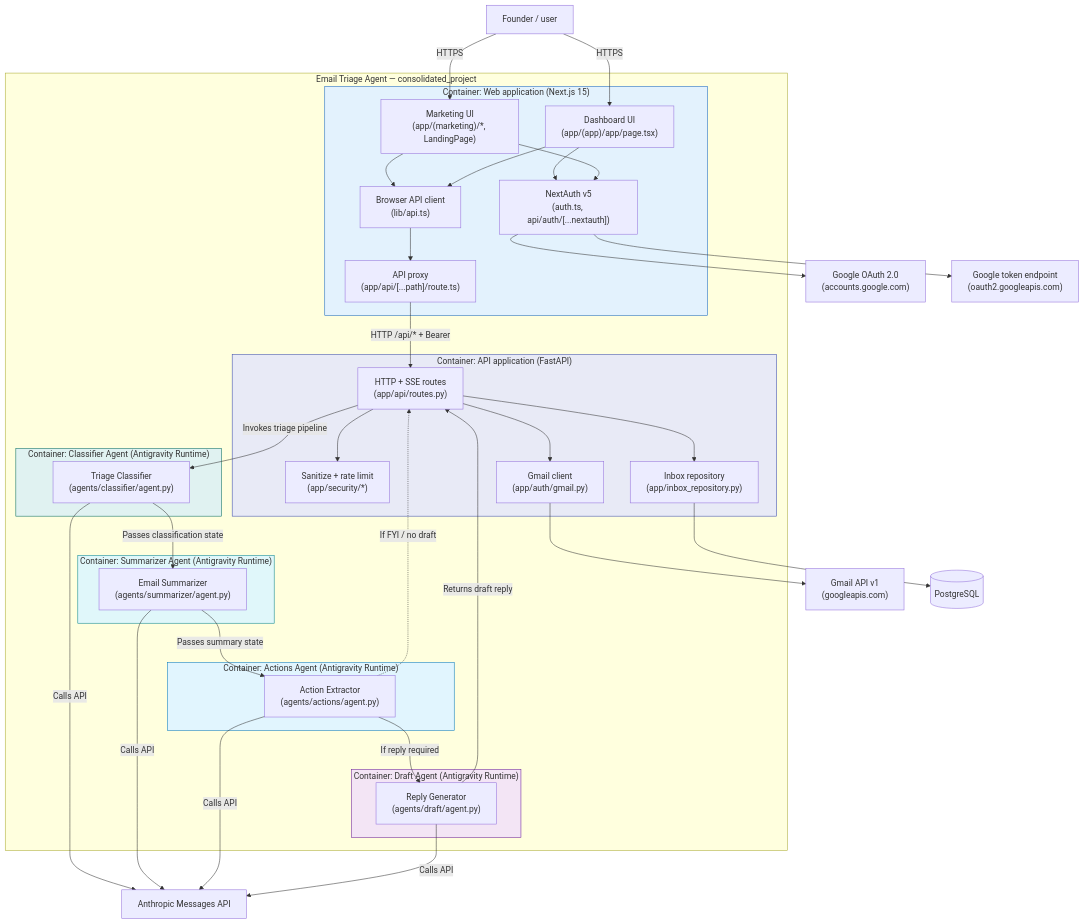
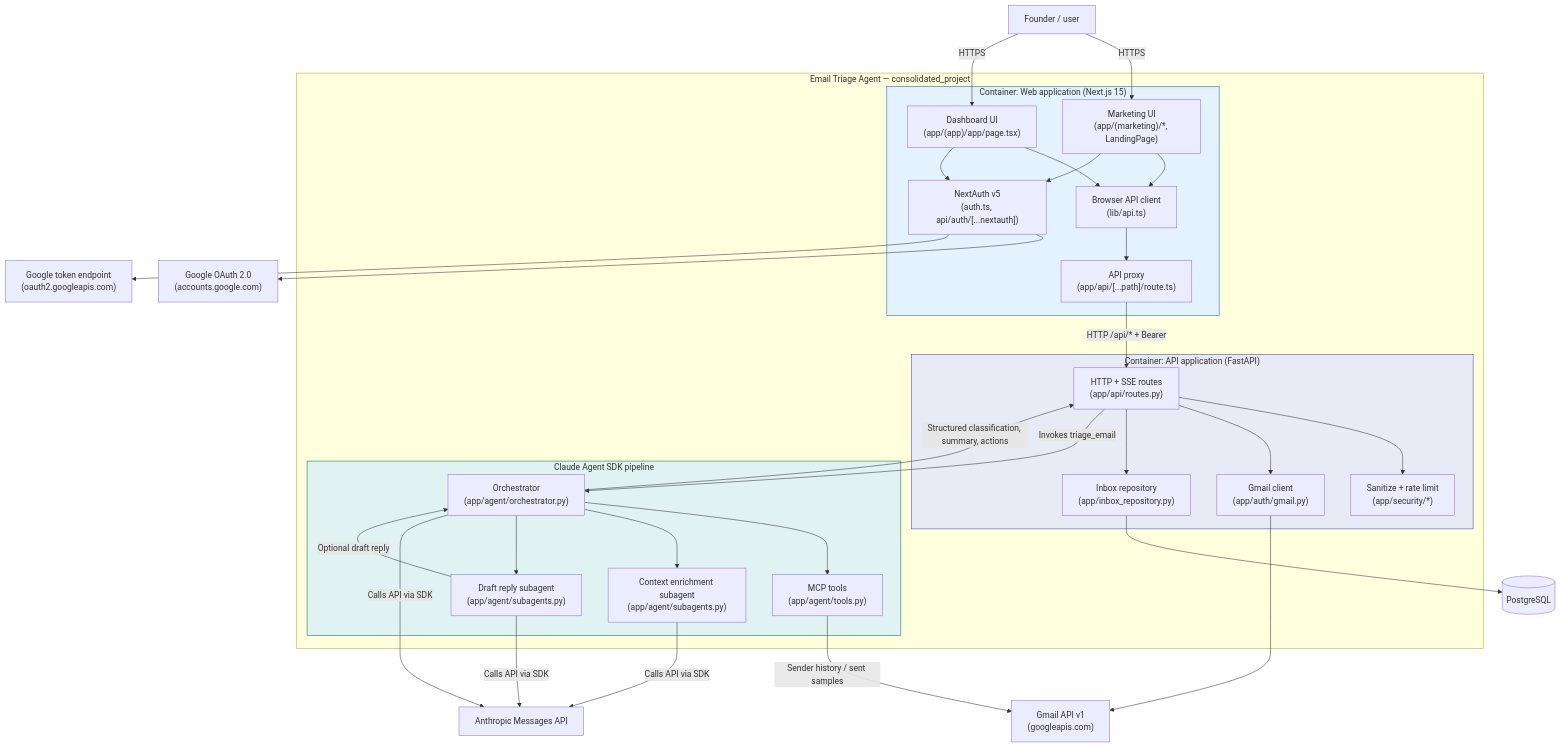
The second of 2 diagrams in docs/architecture-retrospective.md (CSEN-SCU/csen-174-s26-team-project-email-triage-agent), drawn with Mermaid before and after one commit. The commit also changed other lines of this file and 1 other file, not shown here.

Commit message:
updated architecture to match final project

````diff
--- a/docs/architecture-retrospective.md
+++ b/docs/architecture-retrospective.md
@@ -55,78 +55,66 @@
 ```mermaid
 flowchart TB
   founder["Founder / user"]
 
   subgraph boundary["Email Triage Agent — consolidated_project"]
     subgraph web["Container: Web application (Next.js 15)"]
       marketing["Marketing UI\n(app/(marketing)/*, LandingPage)"]
       dashboard["Dashboard UI\n(app/(app)/app/page.tsx)"]
       nextauth["NextAuth v5\n(auth.ts, api/auth/[...nextauth])"]
       proxy["API proxy\n(app/api/[...path]/route.ts)"]
       apiclient["Browser API client\n(lib/api.ts)"]
       marketing --> apiclient
       dashboard --> apiclient
       dashboard --> nextauth
       marketing --> nextauth
       apiclient --> proxy
     end
 
     subgraph api["Container: API application (FastAPI)"]
       routes["HTTP + SSE routes\n(app/api/routes.py)"]
       security["Sanitize + rate limit\n(app/security/*)"]
       gmailmod["Gmail client\n(app/auth/gmail.py)"]
       inbox["Inbox repository\n(app/inbox_repository.py)"]
       routes --> security
       routes --> gmailmod
       routes --> inbox
     end
 
-    subgraph agent_classifier["Container: Classifier Agent (Antigravity Runtime)"]
-      classifier["Triage Classifier\n(agents/classifier/agent.py)"]
-    end
-
-    subgraph agent_summarizer["Container: Summarizer Agent (Antigravity Runtime)"]
-      summarizer["Email Summarizer\n(agents/summarizer/agent.py)"]
-    end
-
-    subgraph agent_actions["Container: Actions Agent (Antigravity Runtime)"]
-      actions["Action Extractor\n(agents/actions/agent.py)"]
-    end
-
-    subgraph agent_draft["Container: Draft Agent (Antigravity Runtime)"]
-      draft["Reply Generator\n(agents/draft/agent.py)"]
+    subgraph sdk_pipeline["Claude Agent SDK pipeline"]
+      orchestrator["Orchestrator\n(app/agent/orchestrator.py)"]
+      tools["MCP tools\n(app/agent/tools.py)"]
+      context_agent["Context enrichment subagent\n(app/agent/subagents.py)"]
+      drafter["Draft reply subagent\n(app/agent/subagents.py)"]
+      orchestrator --> tools
+      orchestrator --> context_agent
+      orchestrator --> drafter
     end
   end
 
   google_oauth["Google OAuth 2.0\n(accounts.google.com)"]
   google_token["Google token endpoint\n(oauth2.googleapis.com)"]
   gmail_api["Gmail API v1\n(googleapis.com)"]
   anthropic_api["Anthropic Messages API"]
   pg[("PostgreSQL")]
 
   founder -->|"HTTPS"| marketing
   founder -->|"HTTPS"| dashboard
   nextauth --> google_oauth
   nextauth --> google_token
   proxy -->|"HTTP /api/* + Bearer"| routes
   gmailmod --> gmail_api
   inbox --> pg
 
-  routes -->|"Invokes triage pipeline"| classifier
-  classifier -->|"Passes classification state"| summarizer
-  summarizer -->|"Passes summary state"| actions
-  actions -->|"If reply required"| draft
-  actions -.->|"If FYI / no draft"| routes
-  draft -->|"Returns draft reply"| routes
+  routes -->|"Invokes triage_email"| orchestrator
+  orchestrator -->|"Structured classification, summary, actions"| routes
+  drafter -->|"Optional draft reply"| orchestrator
+  tools -->|"Sender history / sent samples"| gmail_api
 
-  classifier -->|"Calls API"| anthropic_api
-  summarizer -->|"Calls API"| anthropic_api
-  actions -->|"Calls API"| anthropic_api
-  draft -->|"Calls API"| anthropic_api
+  orchestrator -->|"Calls API via SDK"| anthropic_api
+  context_agent -->|"Calls API via SDK"| anthropic_api
+  drafter -->|"Calls API via SDK"| anthropic_api
 
   style web fill:#e3f2fd,stroke:#1565c0
   style api fill:#e8eaf6,stroke:#3949ab
-  style agent_classifier fill:#e0f2f1,stroke:#00695c
-  style agent_summarizer fill:#e0f7fa,stroke:#00838f
-  style agent_actions fill:#e1f5fe,stroke:#0277bd
-  style agent_draft fill:#f3e5f5,stroke:#6a1b9a
+  style sdk_pipeline fill:#e0f2f1,stroke:#00695c
 ```
````
